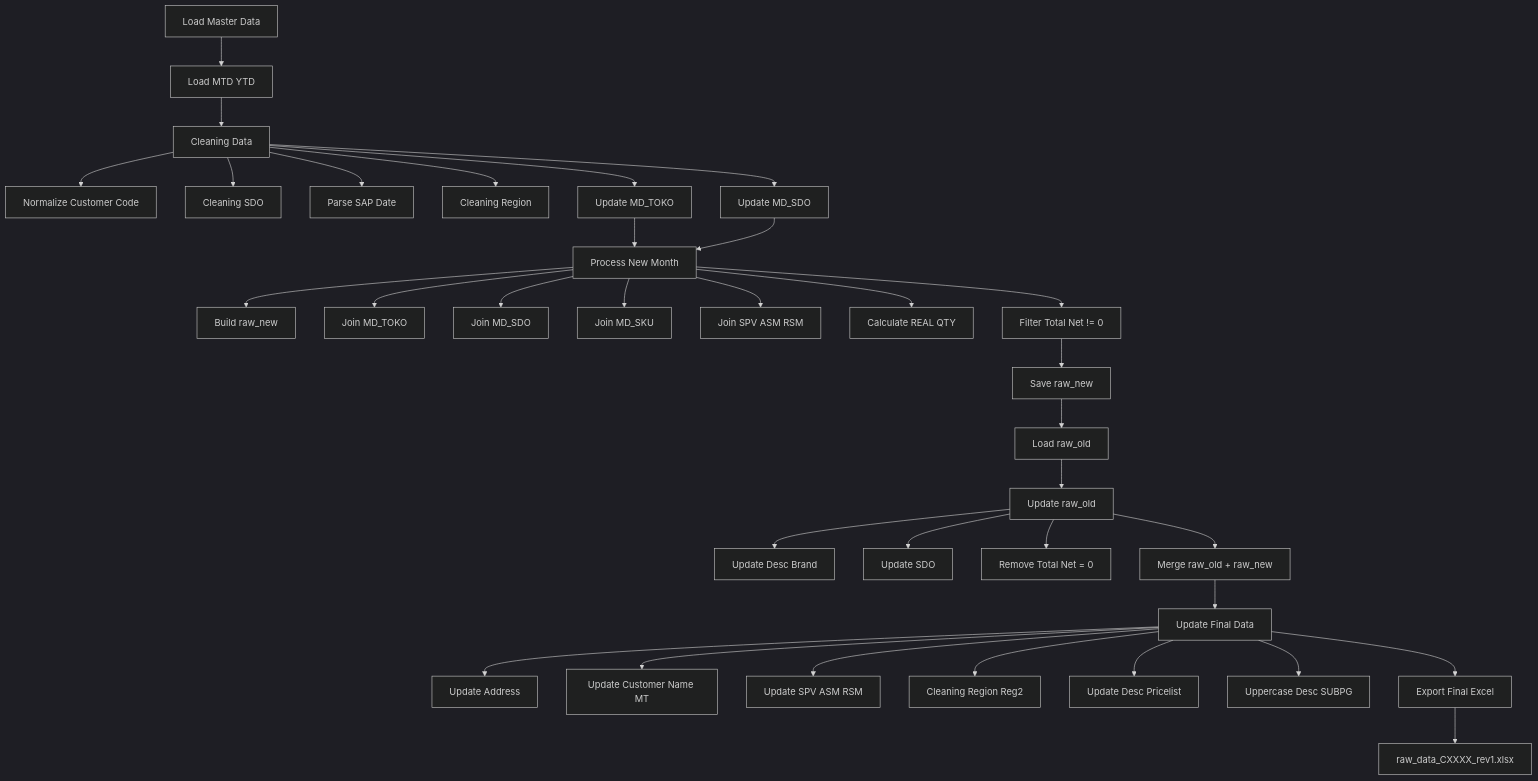
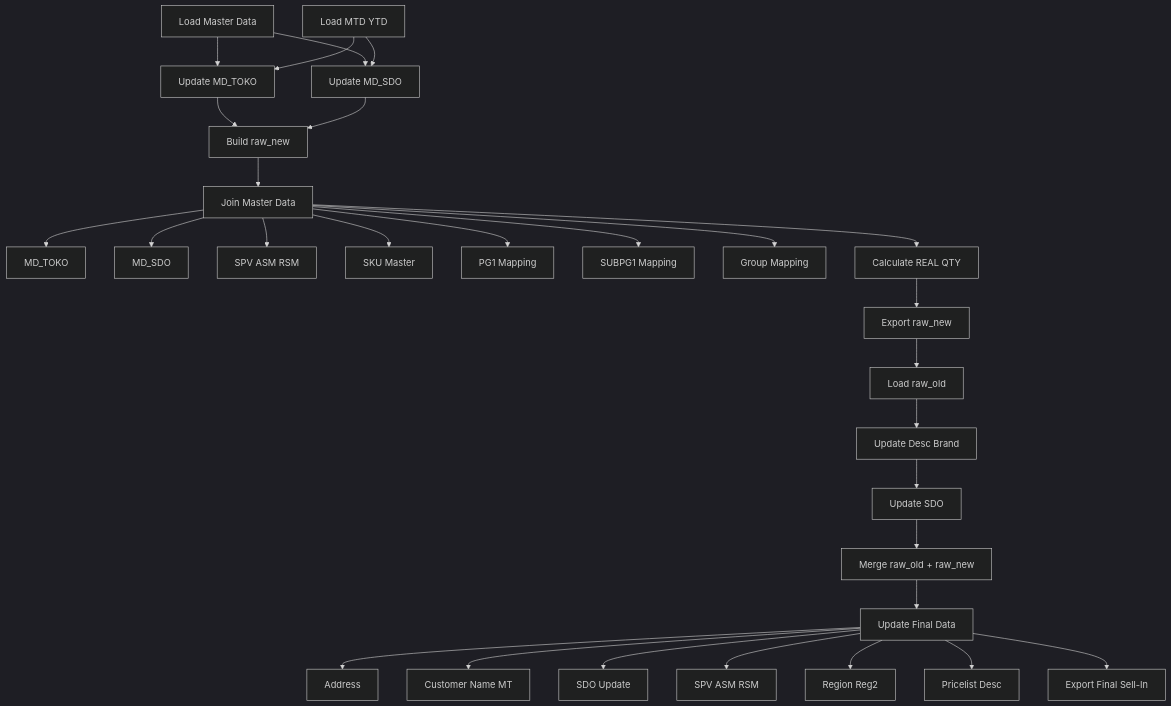
Before and after one commit to PerkasaM/Montly-sales-etl: the diagram in README.md, drawn with Mermaid (dark theme). The commit also changed other lines of this file, not shown here.

Commit message:
update readme dengan bisnis problem dan update flow

````diff
--- a/README.md
+++ b/README.md
@@ -11,51 +51,47 @@
 ```mermaid
 flowchart TD
 
-    A[Load Master Data] --> B[Load MTD YTD]
-    
-    B --> C[Cleaning Data]
-    
-    C --> C1[Normalize Customer Code]
-    C --> C2[Cleaning SDO]
-    C --> C3[Parse SAP Date]
-    C --> C4[Cleaning Region]
+A[Load Master Data]
+B[Load MTD YTD]
 
-    C --> D[Update MD_TOKO]
-    C --> E[Update MD_SDO]
+A --> C[Update MD_TOKO]
+B --> C
 
-    D --> F[Process New Month]
-    E --> F
+A --> D[Update MD_SDO]
+B --> D
 
-    F --> F1[Build raw_new]
-    F --> F2[Join MD_TOKO]
-    F --> F3[Join MD_SDO]
-    F --> F4[Join MD_SKU]
-    F --> F5[Join SPV ASM RSM]
-    F --> F6[Calculate REAL QTY]
-    F --> F7[Filter Total Net != 0]
+C --> E[Build raw_new]
+D --> E
 
-    F7 --> G[Save raw_new]
+E --> F[Join Master Data]
 
-    G --> H[Load raw_old]
+F --> F1[MD_TOKO]
+F --> F2[MD_SDO]
+F --> F3[SPV ASM RSM]
+F --> F4[SKU Master]
+F --> F5[PG1 Mapping]
+F --> F6[SUBPG1 Mapping]
+F --> F7[Group Mapping]
 
-    H --> I[Update raw_old]
-    
-    I --> I1[Update Desc Brand]
-    I --> I2[Update SDO]
-    I --> I3[Remove Total Net = 0]
+F --> G[Calculate REAL QTY]
 
-    I --> J[Merge raw_old + raw_new]
+G --> H[Export raw_new]
 
-    J --> K[Update Final Data]
+H --> I[Load raw_old]
 
-    K --> K1[Update Address]
-    K --> K2[Update Customer Name MT]
-    K --> K3[Update SPV ASM RSM]
-    K --> K4[Cleaning Region Reg2]
-    K --> K5[Update Desc Pricelist]
-    K --> K6[Uppercase Desc SUBPG]
+I --> J[Update Desc Brand]
+J --> K[Update SDO]
 
-    K --> L[Export Final Excel]
+K --> L[Merge raw_old + raw_new]
 
-    L --> M[raw_data_CXXXX_rev1.xlsx]
+L --> M[Update Final Data]
+
+M --> M1[Address]
+M --> M2[Customer Name MT]
+M --> M3[SDO Update]
+M --> M4[SPV ASM RSM]
+M --> M5[Region Reg2]
+M --> M6[Pricelist Desc]
+
+M --> N[Export Final Sell-In]
 ```
````
